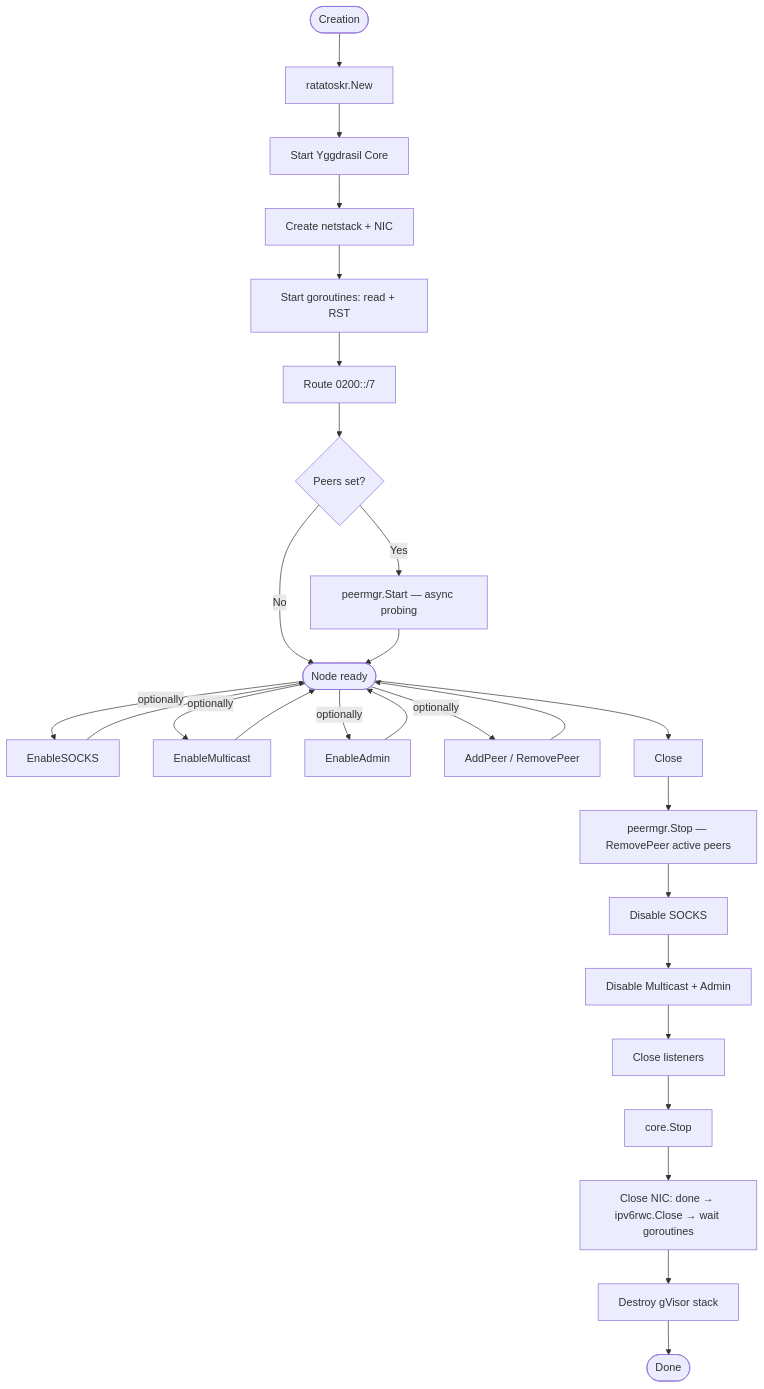
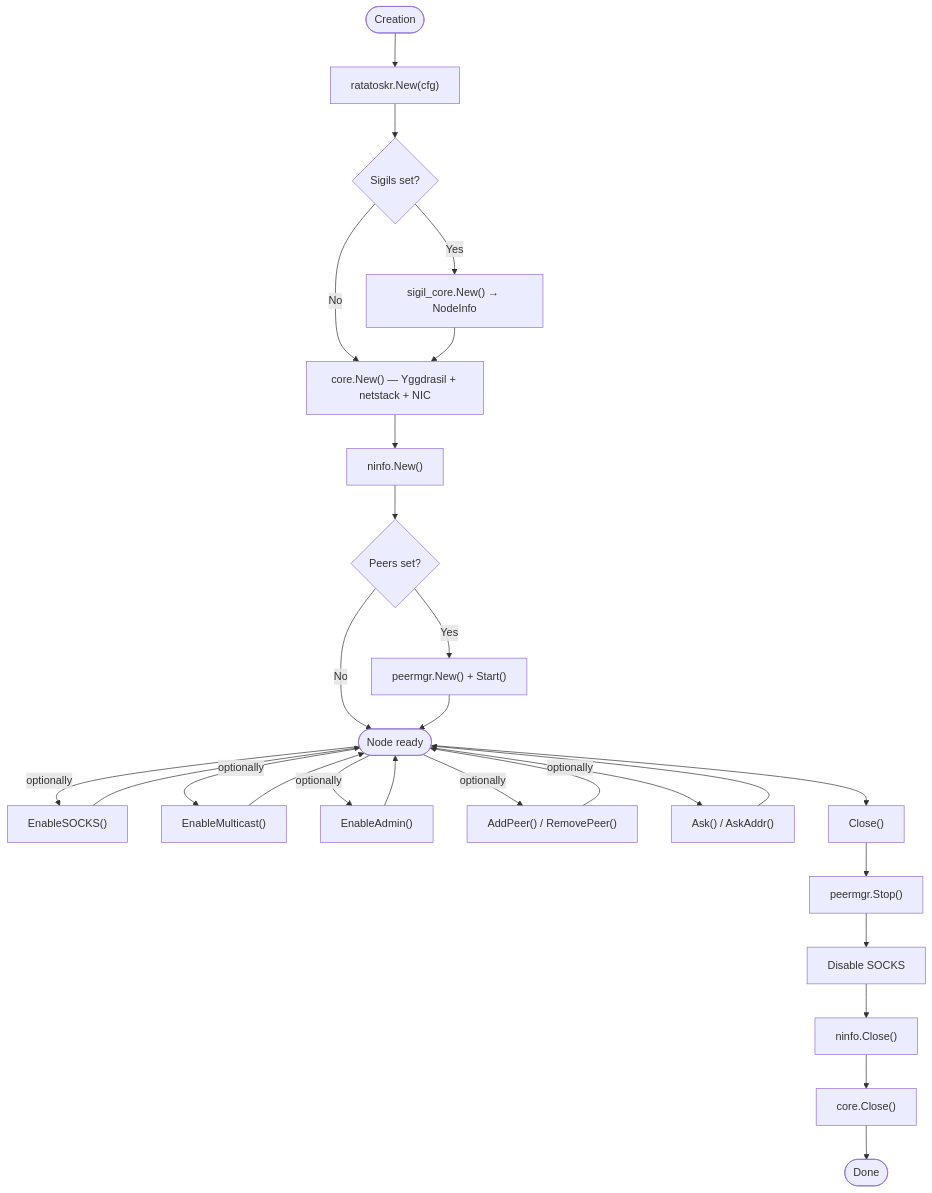
One commit to voluminor/ratatoskr changed the sixth of 6 diagrams in README.md. Above: the diagram before and after it, drawn with Mermaid. The commit also changed other lines of this file and 109 other files, not shown here.

````diff
--- a/README.md
+++ b/README.md
@@ -1309,29 +479,29 @@
 ```mermaid
 flowchart TD
-    START([Creation]) --> NEW[ratatoskr.New]
-    NEW --> CORE[Start Yggdrasil Core]
-    CORE --> NS[Create netstack + NIC]
-    NS --> GOROUTINES[Start goroutines: read + RST]
-    GOROUTINES --> ROUTE[Route 0200::/7]
-    ROUTE --> PMCHECK{Peers set?}
-    PMCHECK -->|Yes| PMSTART[peermgr.Start — async probing]
-PMCHECK -->|No|READY
-PMSTART --> READY([Node ready])
-READY -->|optionally|SOCKS[EnableSOCKS]
-READY -->|optionally|MC[EnableMulticast]
-READY -->|optionally|ADM[EnableAdmin]
-READY -->|optionally|PEER[AddPeer / RemovePeer]
-    SOCKS --> READY
-    MC --> READY
-    ADM --> READY
-    PEER --> READY
-    READY --> CLOSE[Close]
-CLOSE --> S0[peermgr.Stop — RemovePeer active peers]
-    S0 --> S1[Disable SOCKS]
-    S1 --> S2[Disable Multicast + Admin]
-S2 --> S3[Close listeners]
-    S3 --> S4[core.Stop]
-    S4 --> S5[Close NIC: done → ipv6rwc.Close → wait goroutines]
-S5 --> S6[Destroy gVisor stack]
-S6 --> DONE([Done])
+  START([Creation]) --> NEW["ratatoskr.New(cfg)"]
+  NEW --> SG{Sigils set?}
+  SG -->|Yes| SC["sigil_core.New() → NodeInfo"]
+  SG -->|No| CORE
+  SC --> CORE["core.New() — Yggdrasil + netstack + NIC"]
+  CORE --> NI["ninfo.New()"]
+  NI --> PM{Peers set?}
+  PM -->|Yes| PMSTART["peermgr.New() + Start()"]
+  PM -->|No| READY
+  PMSTART --> READY([Node ready])
+  READY -->|optionally| SOCKS["EnableSOCKS()"]
+  READY -->|optionally| MC["EnableMulticast()"]
+  READY -->|optionally| ADM["EnableAdmin()"]
+  READY -->|optionally| PEERS["AddPeer() / RemovePeer()"]
+  READY -->|optionally| ASK["Ask() / AskAddr()"]
+  SOCKS --> READY
+  MC --> READY
+  ADM --> READY
+  PEERS --> READY
+  ASK --> READY
+  READY --> CLOSE["Close()"]
+  CLOSE --> S1["peermgr.Stop()"]
+  S1 --> S2["Disable SOCKS"]
+  S2 --> S25["ninfo.Close()"]
+  S25 --> S3["core.Close()"]
+  S3 --> DONE([Done])
 ```
````
